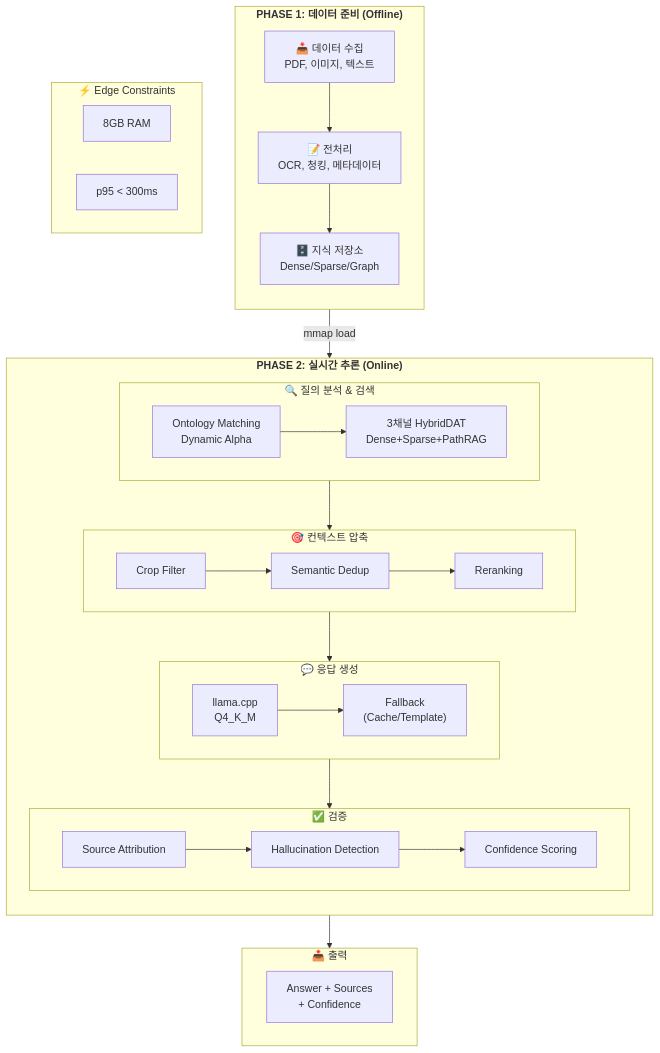
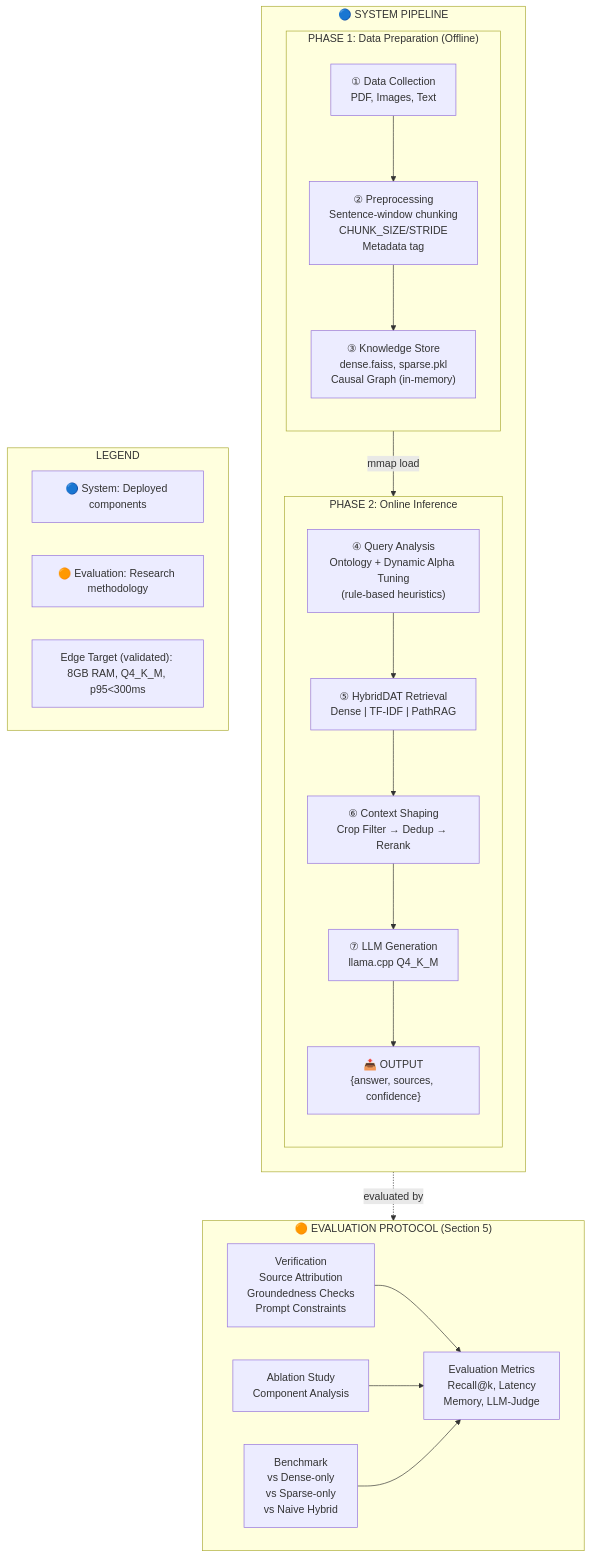
Before and after one commit to NAMUORI00/smartfarm-workspace: the second of 2 diagrams in docs/era-smartfarm-rag/paper/figures/ARCHITECTURE_FIGURE_DESIGN.md, drawn with Mermaid. The commit also changed other lines of this file and 2 other files, not shown here.

First line of the commit message:
docs(paper): apply Option B (3-Lane Timeline) + 7 implementation-aligned corrections to Figure 1

````diff
--- a/docs/era-smartfarm-rag/paper/figures/ARCHITECTURE_FIGURE_DESIGN.md
+++ b/docs/era-smartfarm-rag/paper/figures/ARCHITECTURE_FIGURE_DESIGN.md
@@ -137,54 +192,46 @@
 ```mermaid
 flowchart TB
-    subgraph Phase1["<b>PHASE 1: 데이터 준비 (Offline)</b>"]
+    subgraph SystemLane["🔵 SYSTEM PIPELINE"]
         direction TB
-        DC["📥 데이터 수집<br/>PDF, 이미지, 텍스트"]
-        PP["📝 전처리<br/>OCR, 청킹, 메타데이터"]
-        KS["🗄️ 지식 저장소<br/>Dense/Sparse/Graph"]
-        DC --> PP --> KS
+        
+        subgraph Phase1["PHASE 1: Data Preparation (Offline)"]
+            direction TB
+            DC["① Data Collection<br/>PDF, Images, Text"]
+            PP["② Preprocessing<br/>Sentence-window chunking<br/>CHUNK_SIZE/STRIDE<br/>Metadata tag"]
+            KS["③ Knowledge Store<br/>dense.faiss, sparse.pkl<br/>Causal Graph (in-memory)"]
+            DC --> PP --> KS
+        end
+        
+        subgraph Phase2["PHASE 2: Online Inference"]
+            direction TB
+            QA["④ Query Analysis<br/>Ontology + Dynamic Alpha Tuning<br/>(rule-based heuristics)"]
+            HR["⑤ HybridDAT Retrieval<br/>Dense | TF-IDF | PathRAG"]
+            CS["⑥ Context Shaping<br/>Crop Filter → Dedup → Rerank"]
+            LLM["⑦ LLM Generation<br/>llama.cpp Q4_K_M"]
+            OUT["📤 OUTPUT<br/>{answer, sources, confidence}"]
+            QA --> HR --> CS --> LLM --> OUT
+        end
+        
+        KS -->|"mmap load"| QA
     end
     
-    subgraph Phase2["<b>PHASE 2: 실시간 추론 (Online)</b>"]
-        direction TB
+    subgraph EvalLane["🟠 EVALUATION PROTOCOL (Section 5)"]
+        direction LR
+        VER["Verification<br/>Source Attribution<br/>Groundedness Checks<br/>Prompt Constraints"]
+        ABL["Ablation Study<br/>Component Analysis"]
+        BENCH["Benchmark<br/>vs Dense-only<br/>vs Sparse-only<br/>vs Naive Hybrid"]
+        METRICS["Evaluation Metrics<br/>Recall@k, Latency<br/>Memory, LLM-Judge"]
         
-        subgraph Search["🔍 질의 분석 & 검색"]
-            QA["Ontology Matching<br/>Dynamic Alpha"]
-            HR["3채널 HybridDAT<br/>Dense+Sparse+PathRAG"]
-            QA --> HR
-        end
-        
-        subgraph Context["🎯 컨텍스트 압축"]
-            CF["Crop Filter"]
-            SD["Semantic Dedup"]
-            RR["Reranking"]
-            CF --> SD --> RR
-        end
-        
-        subgraph Gen["💬 응답 생성"]
-            LLM["llama.cpp<br/>Q4_K_M"]
-            FB["Fallback<br/>(Cache/Template)"]
-            LLM --> FB
-        end
-        
-        subgraph Ver["✅ 검증"]
-            SA["Source Attribution"]
-            HD["Hallucination Detection"]
-            CS["Confidence Scoring"]
-            SA --> HD --> CS
-        end
-        
-        Search --> Context --> Gen --> Ver
+        VER --> METRICS
+        ABL --> METRICS
+        BENCH --> METRICS
     end
     
-    subgraph Output["📤 출력"]
-        OUT["Answer + Sources<br/>+ Confidence"]
-    end
+    OUT -.->|"evaluated by"| VER
     
-    Phase1 -->|"mmap load"| Phase2
-    Phase2 --> Output
-    
-    subgraph Edge["⚡ Edge Constraints"]
-        E1["8GB RAM"]
-        E2["p95 < 300ms"]
+    subgraph Legend["LEGEND"]
+        L1["🔵 System: Deployed components"]
+        L2["🟠 Evaluation: Research methodology"]
+        L3["Edge Target (validated): 8GB RAM, Q4_K_M, p95<300ms"]
     end
 ```
````
